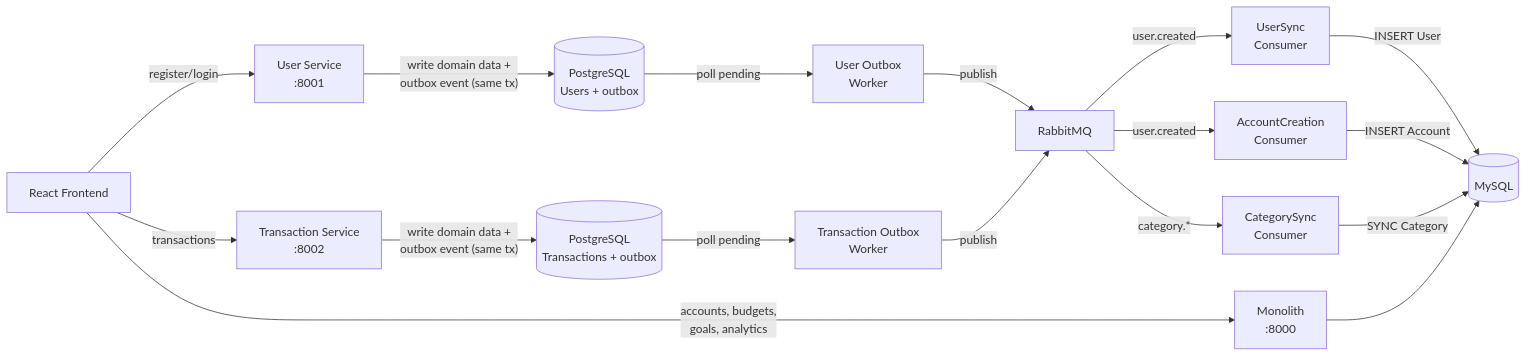
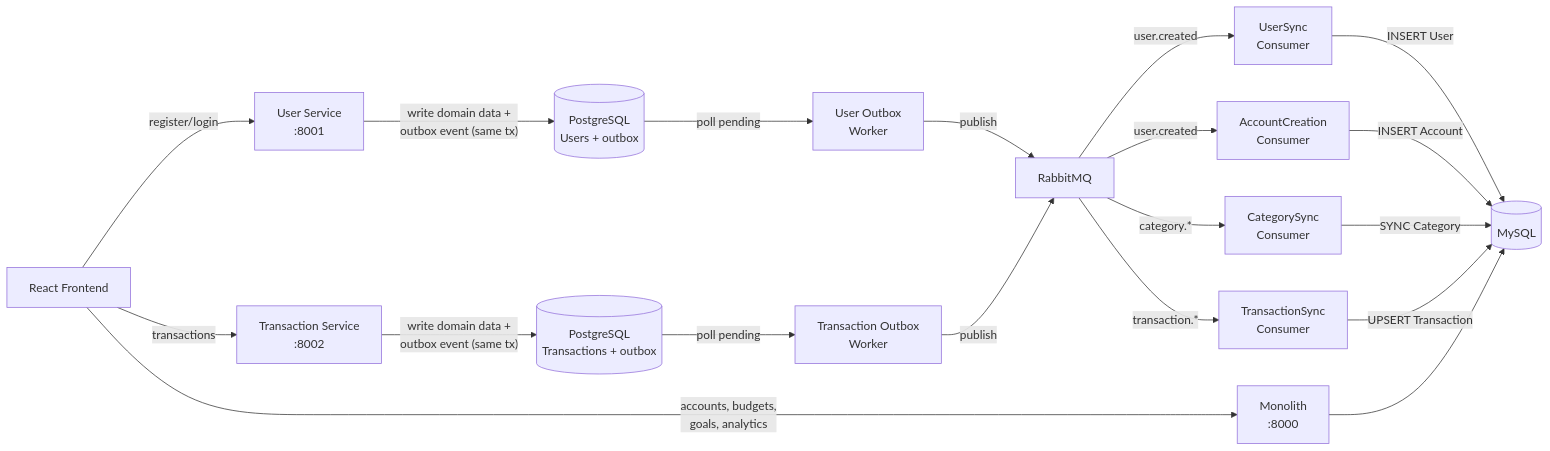
Before and after one commit to Jothom2912/Finance-Tracker: the first of 5 diagrams in README.md, drawn with Mermaid. The commit also changed other lines of this file and 9 other files, not shown here.

````diff
--- a/README.md
+++ b/README.md
@@ -85,25 +86,27 @@
 ```mermaid
 graph LR
     FE[React Frontend] -->|register/login| US[User Service<br/>:8001]
     FE -->|transactions| TS[Transaction Service<br/>:8002]
     FE -->|accounts, budgets,<br/>goals, analytics| MON[Monolith<br/>:8000]
 
     US -->|"write domain data +<br/>outbox event (same tx)"| PG_U[(PostgreSQL<br/>Users + outbox)]
     TS -->|"write domain data +<br/>outbox event (same tx)"| PG_T[(PostgreSQL<br/>Transactions + outbox)]
 
     PG_U -->|poll pending| UOW[User Outbox<br/>Worker]
     PG_T -->|poll pending| TOW[Transaction Outbox<br/>Worker]
 
     UOW -->|publish| RMQ[RabbitMQ]
     TOW -->|publish| RMQ
 
     RMQ -->|user.created| USC[UserSync<br/>Consumer]
     RMQ -->|user.created| ACC[AccountCreation<br/>Consumer]
     RMQ -->|category.*| CSC[CategorySync<br/>Consumer]
+    RMQ -->|transaction.*| TSC[TransactionSync<br/>Consumer]
 
     USC -->|INSERT User| MYSQL[(MySQL)]
     ACC -->|INSERT Account| MYSQL
     CSC -->|SYNC Category| MYSQL
+    TSC -->|UPSERT Transaction| MYSQL
 
     MON --> MYSQL
 ```
````
